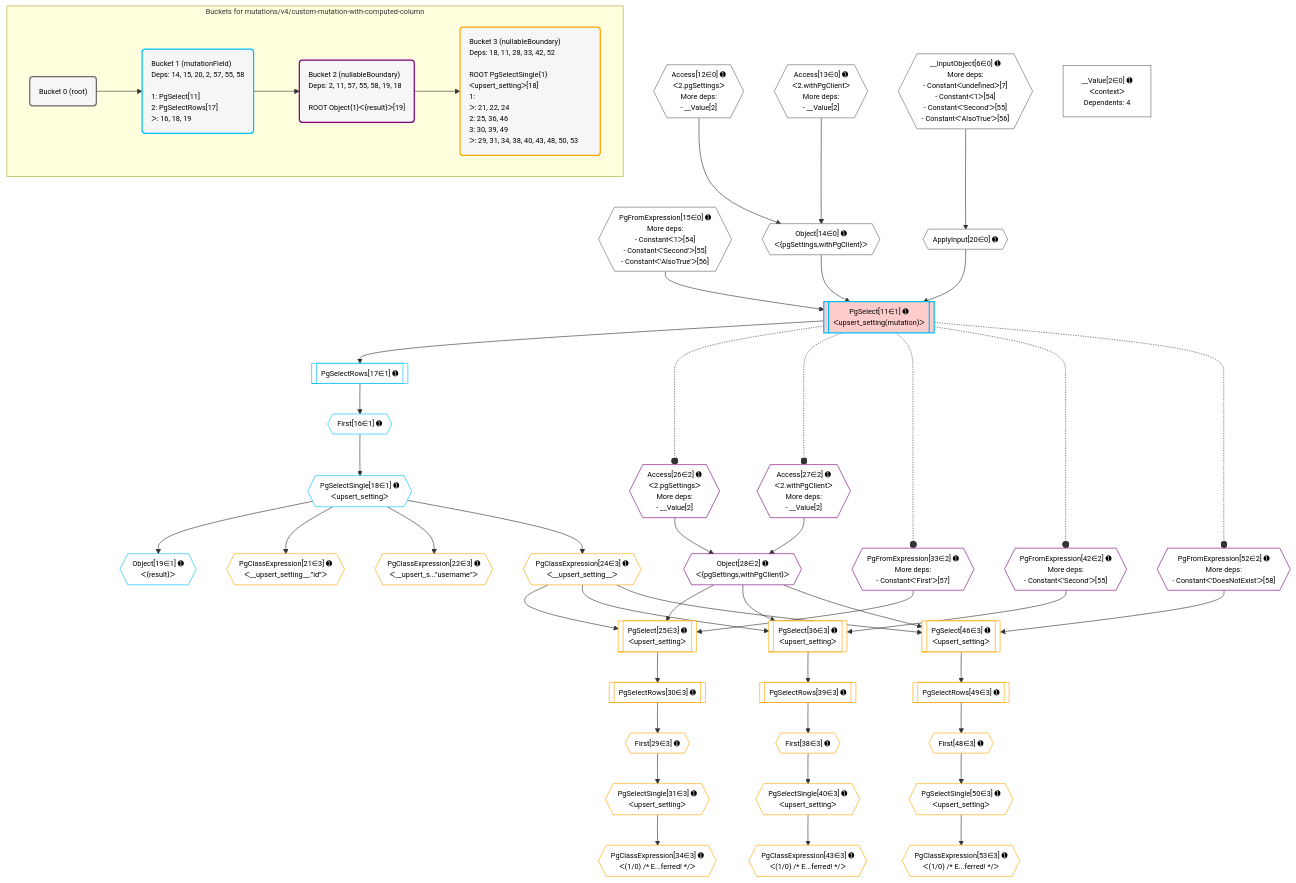
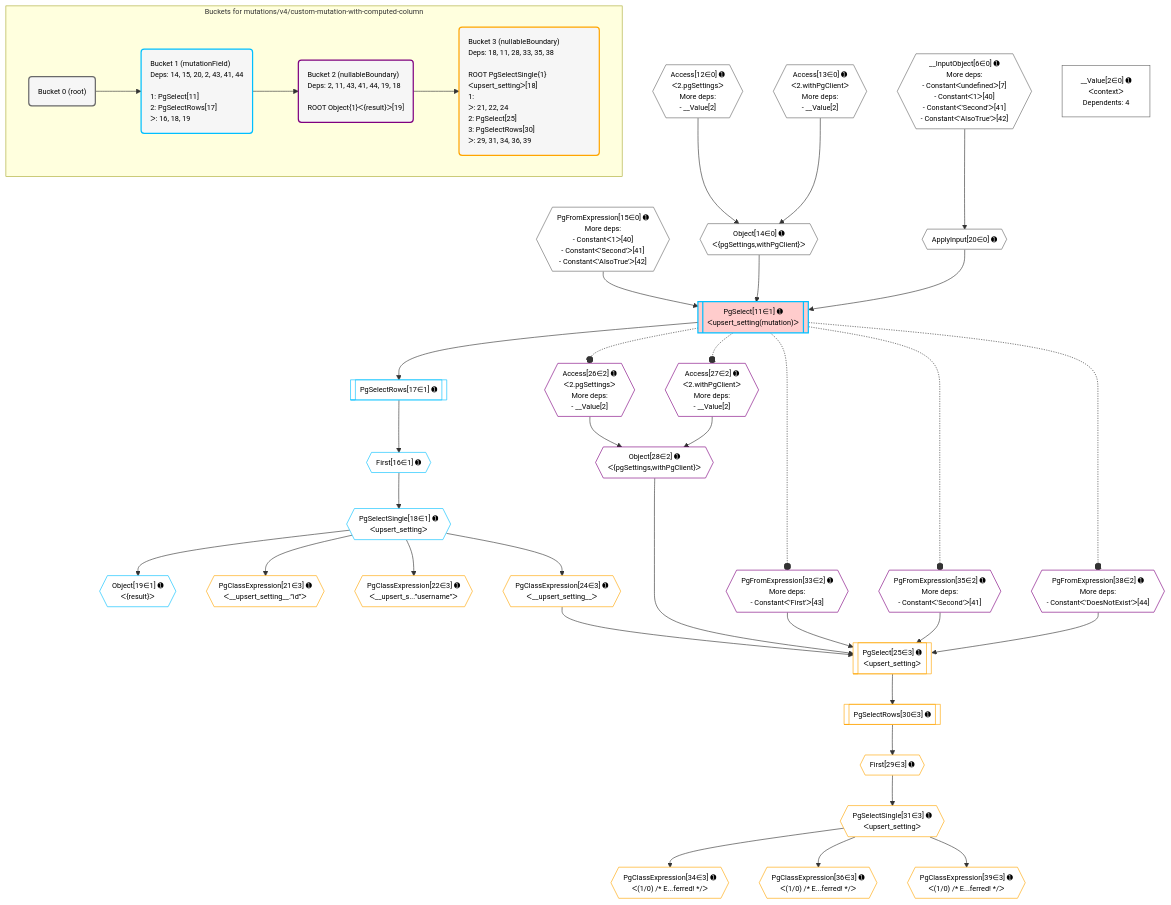
The diagram in postgraphile/postgraphile/__tests__/mutations/v4/custom-mutation-with-computed-column.mermaid (graphile/crystal), drawn with Mermaid before and after one commit. The commit also changed 1 other file, not shown here.

Commit message:
Update snapshots to be a single select

```diff
--- a/postgraphile/postgraphile/__tests__/mutations/v4/custom-mutation-with-computed-column.mermaid
+++ b/postgraphile/postgraphile/__tests__/mutations/v4/custom-mutation-with-computed-column.mermaid
@@ -1,99 +1,83 @@
 %%{init: {'themeVariables': { 'fontSize': '12px'}}}%%
 graph TD
     classDef path fill:#eee,stroke:#000,color:#000
     classDef plan fill:#fff,stroke-width:1px,color:#000
     classDef itemplan fill:#fff,stroke-width:2px,color:#000
     classDef unbatchedplan fill:#dff,stroke-width:1px,color:#000
     classDef sideeffectplan fill:#fcc,stroke-width:2px,color:#000
     classDef bucket fill:#f6f6f6,color:#000,stroke-width:2px,text-align:left
 
     subgraph "Buckets for mutations/v4/custom-mutation-with-computed-column"
     Bucket0("Bucket 0 (root)"):::bucket
-    Bucket1("Bucket 1 (mutationField)<br />Deps: 14, 15, 20, 2, 57, 55, 58<br /><br />1: PgSelect[11]<br />2: PgSelectRows[17]<br />ᐳ: 16, 18, 19"):::bucket
-    Bucket2("Bucket 2 (nullableBoundary)<br />Deps: 2, 11, 57, 55, 58, 19, 18<br /><br />ROOT Object{1}ᐸ{result}ᐳ[19]"):::bucket
-    Bucket3("Bucket 3 (nullableBoundary)<br />Deps: 18, 11, 28, 33, 42, 52<br /><br />ROOT PgSelectSingle{1}ᐸupsert_settingᐳ[18]<br />1: <br />ᐳ: 21, 22, 24<br />2: 25, 36, 46<br />3: 30, 39, 49<br />ᐳ: 29, 31, 34, 38, 40, 43, 48, 50, 53"):::bucket
+    Bucket1("Bucket 1 (mutationField)<br />Deps: 14, 15, 20, 2, 43, 41, 44<br /><br />1: PgSelect[11]<br />2: PgSelectRows[17]<br />ᐳ: 16, 18, 19"):::bucket
+    Bucket2("Bucket 2 (nullableBoundary)<br />Deps: 2, 11, 43, 41, 44, 19, 18<br /><br />ROOT Object{1}ᐸ{result}ᐳ[19]"):::bucket
+    Bucket3("Bucket 3 (nullableBoundary)<br />Deps: 18, 11, 28, 33, 35, 38<br /><br />ROOT PgSelectSingle{1}ᐸupsert_settingᐳ[18]<br />1: <br />ᐳ: 21, 22, 24<br />2: PgSelect[25]<br />3: PgSelectRows[30]<br />ᐳ: 29, 31, 34, 36, 39"):::bucket
     end
     Bucket0 --> Bucket1
     Bucket1 --> Bucket2
     Bucket2 --> Bucket3
 
     %% plan dependencies
-    __InputObject6{{"__InputObject[6∈0] ➊<br />More deps:<br />- Constantᐸundefinedᐳ[7]<br />- Constantᐸ1ᐳ[54]<br />- Constantᐸ'Second'ᐳ[55]<br />- Constantᐸ'AlsoTrue'ᐳ[56]"}}:::plan
-    PgFromExpression15{{"PgFromExpression[15∈0] ➊<br />More deps:<br />- Constantᐸ1ᐳ[54]<br />- Constantᐸ'Second'ᐳ[55]<br />- Constantᐸ'AlsoTrue'ᐳ[56]"}}:::plan
+    __InputObject6{{"__InputObject[6∈0] ➊<br />More deps:<br />- Constantᐸundefinedᐳ[7]<br />- Constantᐸ1ᐳ[40]<br />- Constantᐸ'Second'ᐳ[41]<br />- Constantᐸ'AlsoTrue'ᐳ[42]"}}:::plan
+    PgFromExpression15{{"PgFromExpression[15∈0] ➊<br />More deps:<br />- Constantᐸ1ᐳ[40]<br />- Constantᐸ'Second'ᐳ[41]<br />- Constantᐸ'AlsoTrue'ᐳ[42]"}}:::plan
     Object14{{"Object[14∈0] ➊<br />ᐸ{pgSettings,withPgClient}ᐳ"}}:::plan
     Access12{{"Access[12∈0] ➊<br />ᐸ2.pgSettingsᐳ<br />More deps:<br />- __Value[2]"}}:::plan
     Access13{{"Access[13∈0] ➊<br />ᐸ2.withPgClientᐳ<br />More deps:<br />- __Value[2]"}}:::plan
     Access12 & Access13 --> Object14
     ApplyInput20{{"ApplyInput[20∈0] ➊"}}:::plan
     __InputObject6 --> ApplyInput20
     __Value2["__Value[2∈0] ➊<br />ᐸcontextᐳ<br />Dependents: 4"]:::plan
     PgSelect11[["PgSelect[11∈1] ➊<br />ᐸupsert_setting(mutation)ᐳ"]]:::sideeffectplan
     Object14 & PgFromExpression15 & ApplyInput20 --> PgSelect11
     First16{{"First[16∈1] ➊"}}:::plan
     PgSelectRows17[["PgSelectRows[17∈1] ➊"]]:::plan
     PgSelectRows17 --> First16
     PgSelect11 --> PgSelectRows17
     PgSelectSingle18{{"PgSelectSingle[18∈1] ➊<br />ᐸupsert_settingᐳ"}}:::plan
     First16 --> PgSelectSingle18
     Object19{{"Object[19∈1] ➊<br />ᐸ{result}ᐳ"}}:::plan
     PgSelectSingle18 --> Object19
     Object28{{"Object[28∈2] ➊<br />ᐸ{pgSettings,withPgClient}ᐳ"}}:::plan
     Access26{{"Access[26∈2] ➊<br />ᐸ2.pgSettingsᐳ<br />More deps:<br />- __Value[2]"}}:::plan
     Access27{{"Access[27∈2] ➊<br />ᐸ2.withPgClientᐳ<br />More deps:<br />- __Value[2]"}}:::plan
     Access26 & Access27 --> Object28
-    PgFromExpression33{{"PgFromExpression[33∈2] ➊<br />More deps:<br />- Constantᐸ'First'ᐳ[57]"}}:::plan
-    PgFromExpression42{{"PgFromExpression[42∈2] ➊<br />More deps:<br />- Constantᐸ'Second'ᐳ[55]"}}:::plan
-    PgFromExpression52{{"PgFromExpression[52∈2] ➊<br />More deps:<br />- Constantᐸ'DoesNotExist'ᐳ[58]"}}:::plan
+    PgFromExpression33{{"PgFromExpression[33∈2] ➊<br />More deps:<br />- Constantᐸ'First'ᐳ[43]"}}:::plan
+    PgFromExpression35{{"PgFromExpression[35∈2] ➊<br />More deps:<br />- Constantᐸ'Second'ᐳ[41]"}}:::plan
+    PgFromExpression38{{"PgFromExpression[38∈2] ➊<br />More deps:<br />- Constantᐸ'DoesNotExist'ᐳ[44]"}}:::plan
     PgSelect25[["PgSelect[25∈3] ➊<br />ᐸupsert_settingᐳ"]]:::plan
     PgClassExpression24{{"PgClassExpression[24∈3] ➊<br />ᐸ__upsert_setting__ᐳ"}}:::plan
-    Object28 & PgClassExpression24 & PgFromExpression33 --> PgSelect25
-    PgSelect36[["PgSelect[36∈3] ➊<br />ᐸupsert_settingᐳ"]]:::plan
-    Object28 & PgClassExpression24 & PgFromExpression42 --> PgSelect36
-    PgSelect46[["PgSelect[46∈3] ➊<br />ᐸupsert_settingᐳ"]]:::plan
-    Object28 & PgClassExpression24 & PgFromExpression52 --> PgSelect46
+    Object28 & PgClassExpression24 & PgFromExpression33 & PgFromExpression35 & PgFromExpression38 --> PgSelect25
     PgClassExpression21{{"PgClassExpression[21∈3] ➊<br />ᐸ__upsert_setting__.”id”ᐳ"}}:::plan
     PgSelectSingle18 --> PgClassExpression21
     PgClassExpression22{{"PgClassExpression[22∈3] ➊<br />ᐸ__upsert_s...”username”ᐳ"}}:::plan
     PgSelectSingle18 --> PgClassExpression22
     PgSelectSingle18 --> PgClassExpression24
     First29{{"First[29∈3] ➊"}}:::plan
     PgSelectRows30[["PgSelectRows[30∈3] ➊"]]:::plan
     PgSelectRows30 --> First29
     PgSelect25 --> PgSelectRows30
     PgSelectSingle31{{"PgSelectSingle[31∈3] ➊<br />ᐸupsert_settingᐳ"}}:::plan
     First29 --> PgSelectSingle31
     PgClassExpression34{{"PgClassExpression[34∈3] ➊<br />ᐸ(1/0) /* E...ferred! */ᐳ"}}:::plan
     PgSelectSingle31 --> PgClassExpression34
-    First38{{"First[38∈3] ➊"}}:::plan
-    PgSelectRows39[["PgSelectRows[39∈3] ➊"]]:::plan
-    PgSelectRows39 --> First38
-    PgSelect36 --> PgSelectRows39
-    PgSelectSingle40{{"PgSelectSingle[40∈3] ➊<br />ᐸupsert_settingᐳ"}}:::plan
-    First38 --> PgSelectSingle40
-    PgClassExpression43{{"PgClassExpression[43∈3] ➊<br />ᐸ(1/0) /* E...ferred! */ᐳ"}}:::plan
-    PgSelectSingle40 --> PgClassExpression43
-    First48{{"First[48∈3] ➊"}}:::plan
-    PgSelectRows49[["PgSelectRows[49∈3] ➊"]]:::plan
-    PgSelectRows49 --> First48
-    PgSelect46 --> PgSelectRows49
-    PgSelectSingle50{{"PgSelectSingle[50∈3] ➊<br />ᐸupsert_settingᐳ"}}:::plan
-    First48 --> PgSelectSingle50
-    PgClassExpression53{{"PgClassExpression[53∈3] ➊<br />ᐸ(1/0) /* E...ferred! */ᐳ"}}:::plan
-    PgSelectSingle50 --> PgClassExpression53
+    PgClassExpression36{{"PgClassExpression[36∈3] ➊<br />ᐸ(1/0) /* E...ferred! */ᐳ"}}:::plan
+    PgSelectSingle31 --> PgClassExpression36
+    PgClassExpression39{{"PgClassExpression[39∈3] ➊<br />ᐸ(1/0) /* E...ferred! */ᐳ"}}:::plan
+    PgSelectSingle31 --> PgClassExpression39
 
     %% define steps
     classDef bucket0 stroke:#696969
     class Bucket0,__Value2,__InputObject6,Access12,Access13,Object14,PgFromExpression15,ApplyInput20 bucket0
     classDef bucket1 stroke:#00bfff
     class Bucket1,PgSelect11,First16,PgSelectRows17,PgSelectSingle18,Object19 bucket1
     classDef bucket2 stroke:#7f007f
-    class Bucket2,Access26,Access27,Object28,PgFromExpression33,PgFromExpression42,PgFromExpression52 bucket2
+    class Bucket2,Access26,Access27,Object28,PgFromExpression33,PgFromExpression35,PgFromExpression38 bucket2
     classDef bucket3 stroke:#ffa500
-    class Bucket3,PgClassExpression21,PgClassExpression22,PgClassExpression24,PgSelect25,First29,PgSelectRows30,PgSelectSingle31,PgClassExpression34,PgSelect36,First38,PgSelectRows39,PgSelectSingle40,PgClassExpression43,PgSelect46,First48,PgSelectRows49,PgSelectSingle50,PgClassExpression53 bucket3
+    class Bucket3,PgClassExpression21,PgClassExpression22,PgClassExpression24,PgSelect25,First29,PgSelectRows30,PgSelectSingle31,PgClassExpression34,PgClassExpression36,PgClassExpression39 bucket3
 
     %% implicit side effects
     PgSelect11 -.-o Access26
     PgSelect11 -.-o Access27
     PgSelect11 -.-o PgFromExpression33
-    PgSelect11 -.-o PgFromExpression42
-    PgSelect11 -.-o PgFromExpression52
+    PgSelect11 -.-o PgFromExpression35
+    PgSelect11 -.-o PgFromExpression38
```
